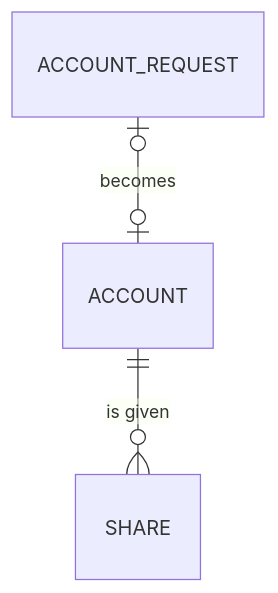
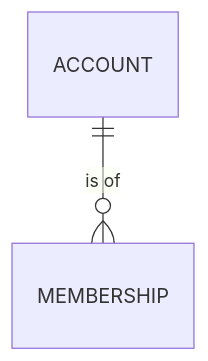
Before and after one commit to Thommans-Playground/playground-keycloak: the first of 2 diagrams in docs/domain/ontology/OBJ-A1-account.md, drawn with Mermaid. The commit also changed other lines of this file and 42 other files, not shown here.

````diff
--- a/docs/domain/ontology/OBJ-A1-account.md
+++ b/docs/domain/ontology/OBJ-A1-account.md
@@ -99,5 +86,4 @@
 ```mermaid
 erDiagram
-    ACCOUNT_REQUEST |o--o| ACCOUNT : "becomes"
-    ACCOUNT ||--o{ SHARE : "is given"
+    ACCOUNT ||--o{ MEMBERSHIP : "is of"
 ```
````
